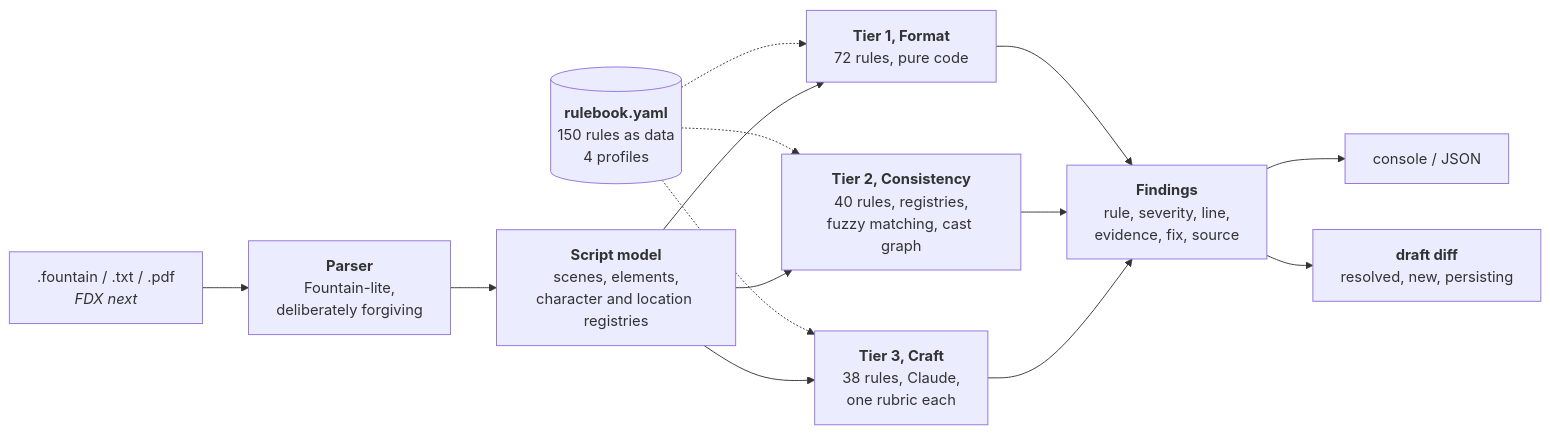
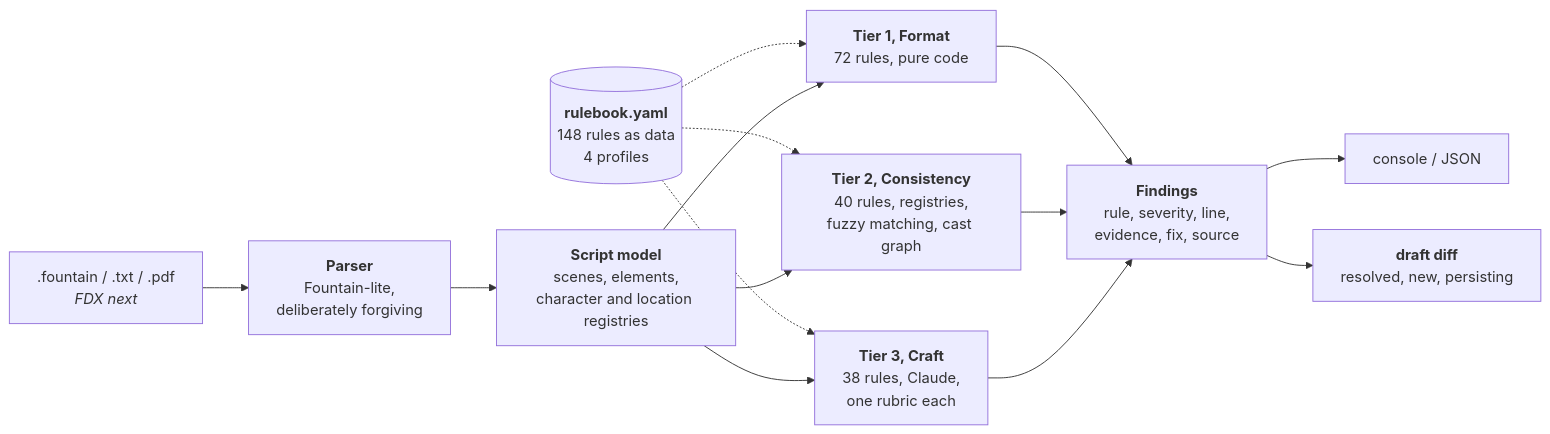
Before and after one commit to abhilashbokka/sluglint: the diagram in README.md, drawn with Mermaid. The commit also changed other lines of this file and 2 other files, not shown here.

````diff
--- a/README.md
+++ b/README.md
@@ -106,12 +106,12 @@
 ```mermaid
 flowchart LR
     IN[".fountain / .txt / .pdf<br/><i>FDX next</i>"] --> P["<b>Parser</b><br/>Fountain-lite,<br/>deliberately forgiving"]
     P --> S["<b>Script model</b><br/>scenes, elements,<br/>character and location registries"]
-    RB[("<b>rulebook.yaml</b><br/>150 rules as data<br/>4 profiles")] -.-> T1 & T2 & T3
+    RB[("<b>rulebook.yaml</b><br/>148 rules as data<br/>4 profiles")] -.-> T1 & T2 & T3
     S --> T1["<b>Tier 1, Format</b><br/>72 rules, pure code"]
     S --> T2["<b>Tier 2, Consistency</b><br/>40 rules, registries,<br/>fuzzy matching, cast graph"]
     S --> T3["<b>Tier 3, Craft</b><br/>38 rules, Claude,<br/>one rubric each"]
     T1 & T2 & T3 --> F["<b>Findings</b><br/>rule, severity, line,<br/>evidence, fix, source"]
     F --> R1["console / JSON"]
     F --> D["<b>draft diff</b><br/>resolved, new, persisting"]
 ```
````
